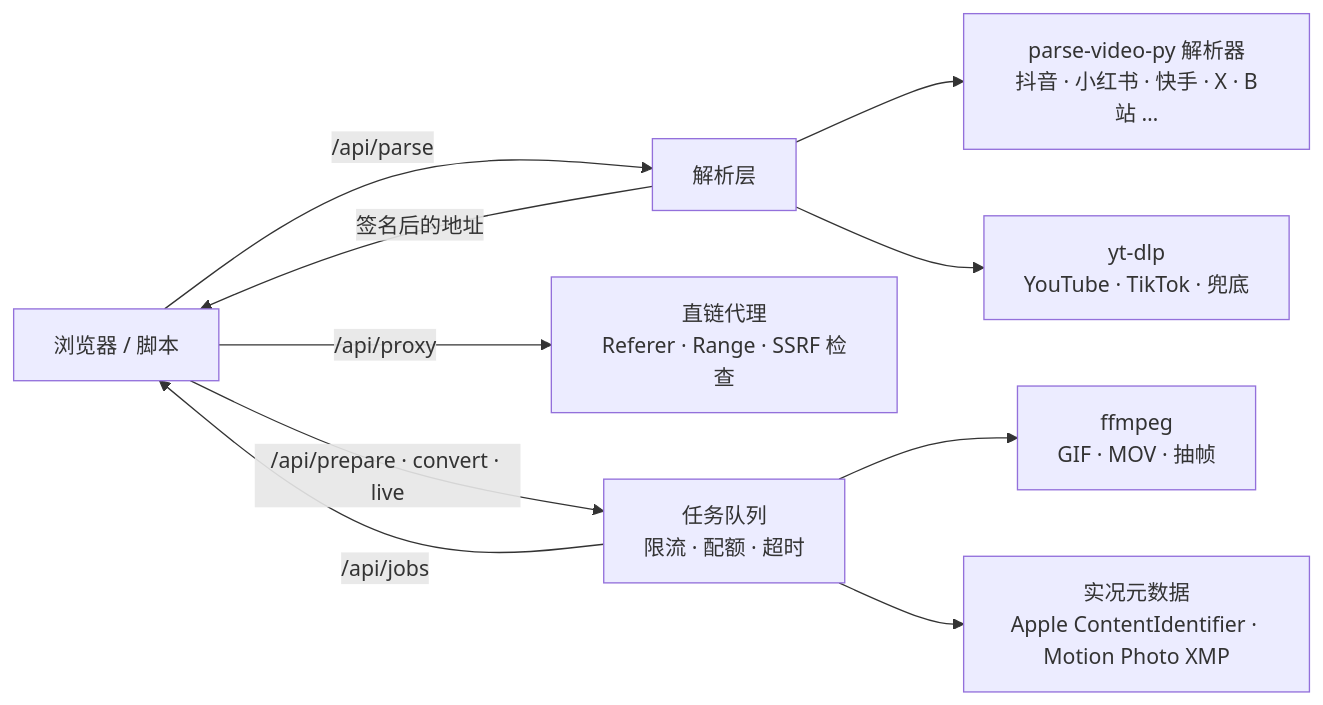
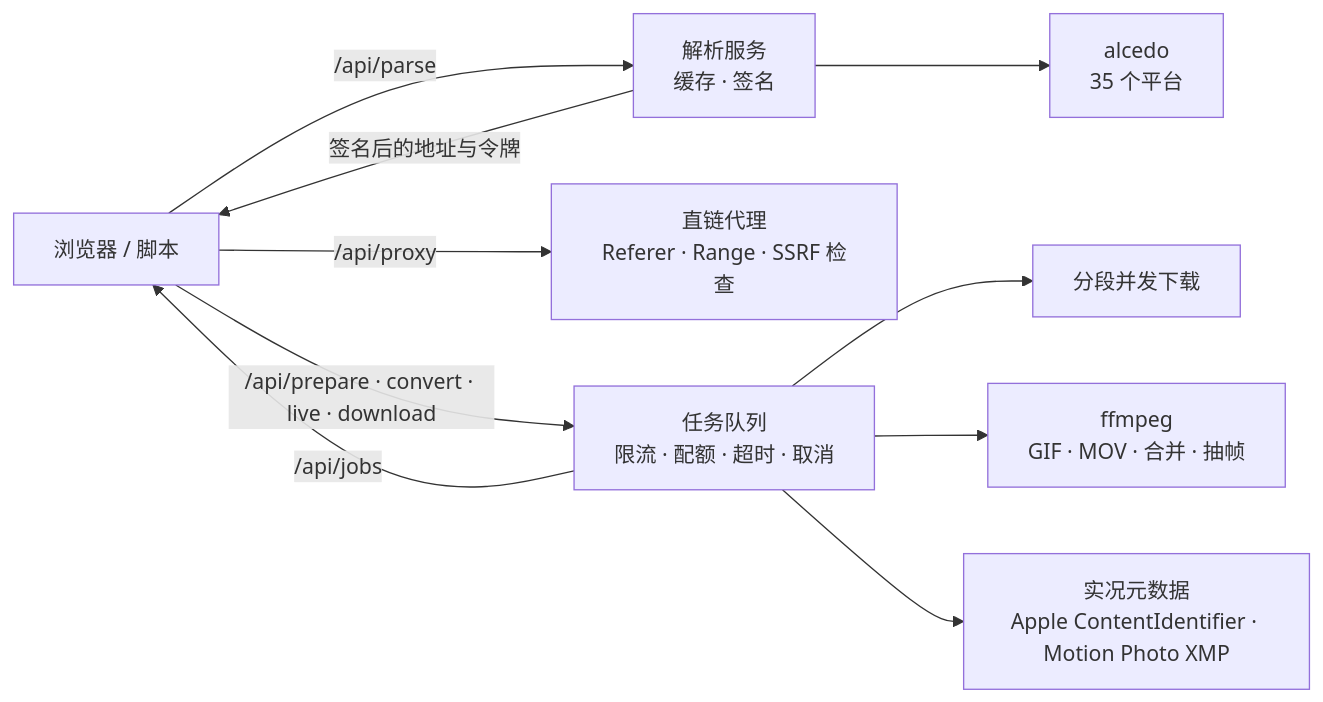
One commit to hiyufan/shizhen changed the diagram in README.md. Above: the diagram before and after it, drawn with Mermaid. The commit also changed other lines of this file and 44 other files, not shown here.

````diff
--- a/README.md
+++ b/README.md
@@ -368,12 +333,12 @@
 ```mermaid
 flowchart LR
-    U[浏览器 / 脚本] -->|/api/parse| P[解析层]
-    P --> A[parse-video-py 解析器<br/>抖音 · 小红书 · 快手 · X · B站 …]
-    P --> Y[yt-dlp<br/>YouTube · TikTok · 兜底]
-    P -->|签名后的地址| U
+    U[浏览器 / 脚本] -->|/api/parse| P[解析服务<br/>缓存 · 签名]
+    P --> A[alcedo<br/>35 个平台]
+    P -->|签名后的地址与令牌| U
     U -->|/api/proxy| X[直链代理<br/>Referer · Range · SSRF 检查]
-    U -->|/api/prepare · convert · live| J[任务队列<br/>限流 · 配额 · 超时]
-    J --> F[ffmpeg<br/>GIF · MOV · 抽帧]
+    U -->|/api/prepare · convert · live · download| J[任务队列<br/>限流 · 配额 · 超时 · 取消]
+    J --> D[分段并发下载]
+    J --> F[ffmpeg<br/>GIF · MOV · 合并 · 抽帧]
     J --> L[实况元数据<br/>Apple ContentIdentifier · Motion Photo XMP]
     J -->|/api/jobs| U
 ```
````
